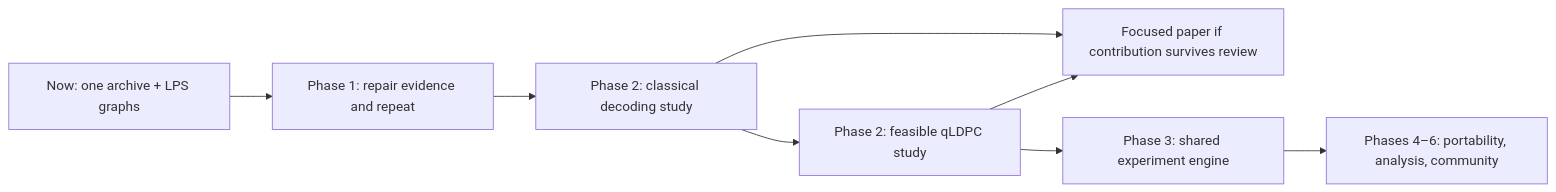
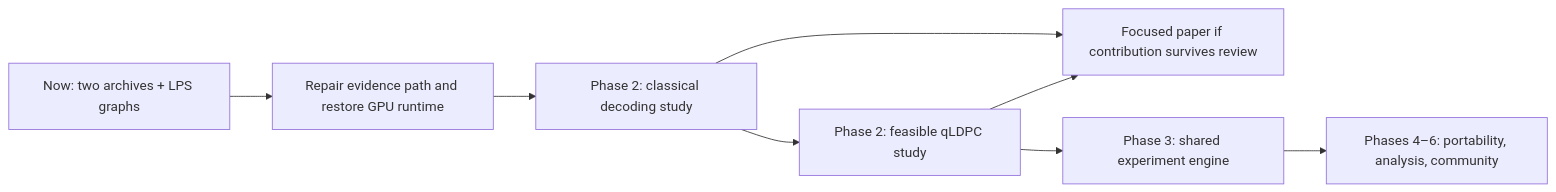
The diagram in docs/roadmap.md (iarjunganesh/q1729), drawn with Mermaid before and after one commit. The commit also changed other lines of this file and 19 other files, not shown here.

````diff
--- a/docs/roadmap.md
+++ b/docs/roadmap.md
@@ -44,10 +49,10 @@
 ```mermaid
 flowchart LR
-    A[Now: one archive + LPS graphs] --> B[Phase 1: repair evidence and repeat]
+    A[Now: two archives + LPS graphs] --> B[Repair evidence path and restore GPU runtime]
     B --> C[Phase 2: classical decoding study]
     C --> D[Phase 2: feasible qLDPC study]
     C --> P[Focused paper if contribution survives review]
     D --> P
     D --> E[Phase 3: shared experiment engine]
     E --> F[Phases 4–6: portability, analysis, community]
 ```
````
